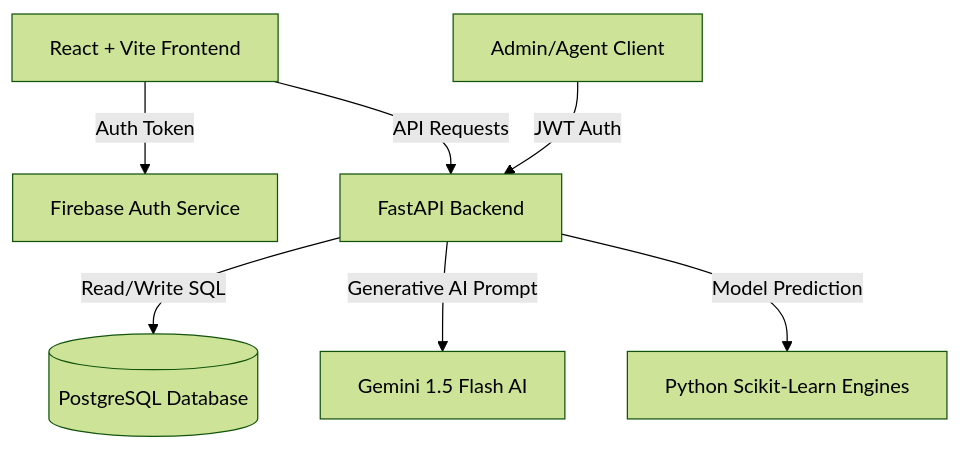
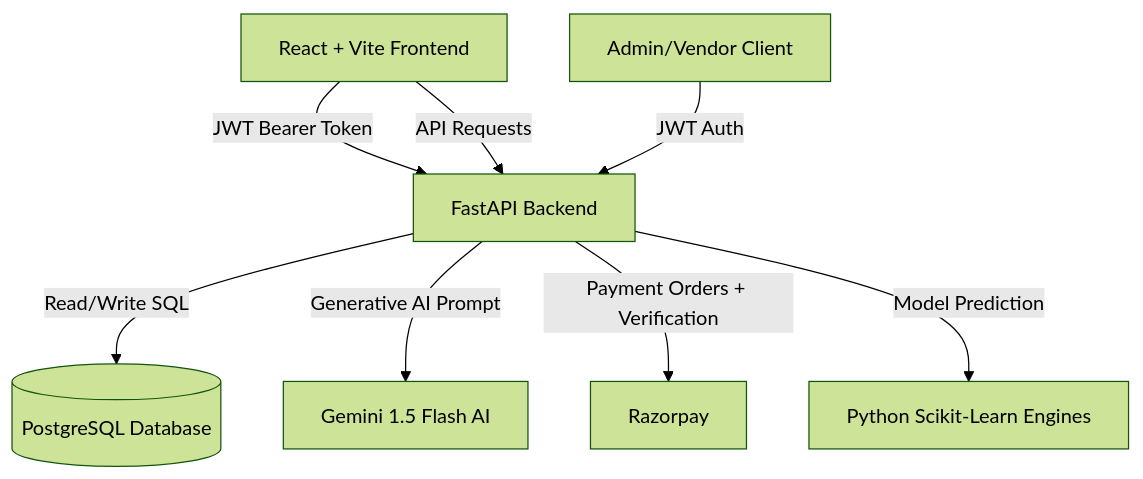
The diagram in README.md (KaustubhAware/TravelGenie), drawn with Mermaid (forest theme) before and after one commit. The commit also changed other lines of this file and 135 other files, not shown here.

````diff
--- a/README.md
+++ b/README.md
@@ -12,9 +12,10 @@
 ```mermaid
 graph TD
-    Client[React + Vite Frontend] -->|Auth Token| Firebase[Firebase Auth Service]
+    Client[React + Vite Frontend] -->|JWT Bearer Token| API[FastAPI Backend]
     Client -->|API Requests| API[FastAPI Backend]
     API -->|Read/Write SQL| DB[(PostgreSQL Database)]
     API -->|Generative AI Prompt| Gemini[Gemini 1.5 Flash AI]
+    API -->|Payment Orders + Verification| Razorpay[Razorpay]
     API -->|Model Prediction| ML[Python Scikit-Learn Engines]
-    Admin[Admin/Agent Client] -->|JWT Auth| API
+    Admin[Admin/Vendor Client] -->|JWT Auth| API
 ```
````
